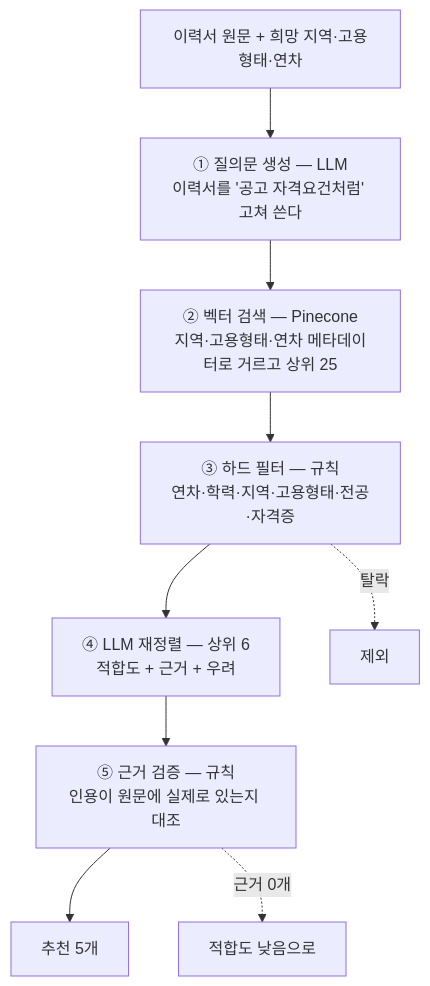
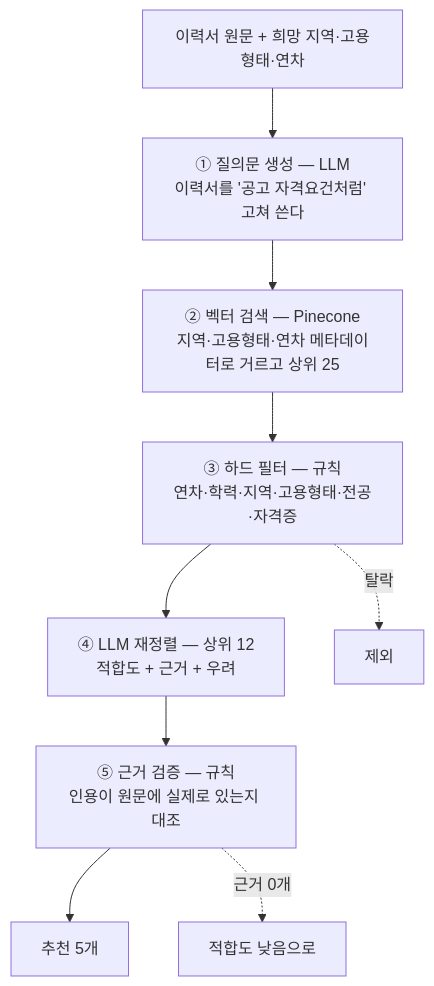
The diagram in job_matching_bot/docs/graphs/4_recommend.mmd (SKNETWORKS-FAMILY-AICAMP/SKN34-3rd-2Team), drawn with Mermaid before and after one commit. The commit also changed 6 other files, not shown here.

```diff
--- a/job_matching_bot/docs/graphs/4_recommend.mmd
+++ b/job_matching_bot/docs/graphs/4_recommend.mmd
@@ -1,9 +1,9 @@
 flowchart TB
   R["이력서 원문 + 희망 지역·고용형태·연차"] --> S1
   S1["① 질의문 생성 — LLM<br>이력서를 '공고 자격요건처럼' 고쳐 쓴다"] --> S2
   S2["② 벡터 검색 — Pinecone<br>지역·고용형태·연차 메타데이터로 거르고 상위 25"] --> S3
   S3["③ 하드 필터 — 규칙<br>연차·학력·지역·고용형태·전공·자격증"] --> S4
-  S4["④ LLM 재정렬 — 상위 6<br>적합도 + 근거 + 우려"] --> S5
+  S4["④ LLM 재정렬 — 상위 12<br>적합도 + 근거 + 우려"] --> S5
   S5["⑤ 근거 검증 — 규칙<br>인용이 원문에 실제로 있는지 대조"] --> O["추천 5개"]
   S3 -.->|탈락| X["제외"]
   S5 -.->|근거 0개| Y["적합도 낮음으로"]
```
